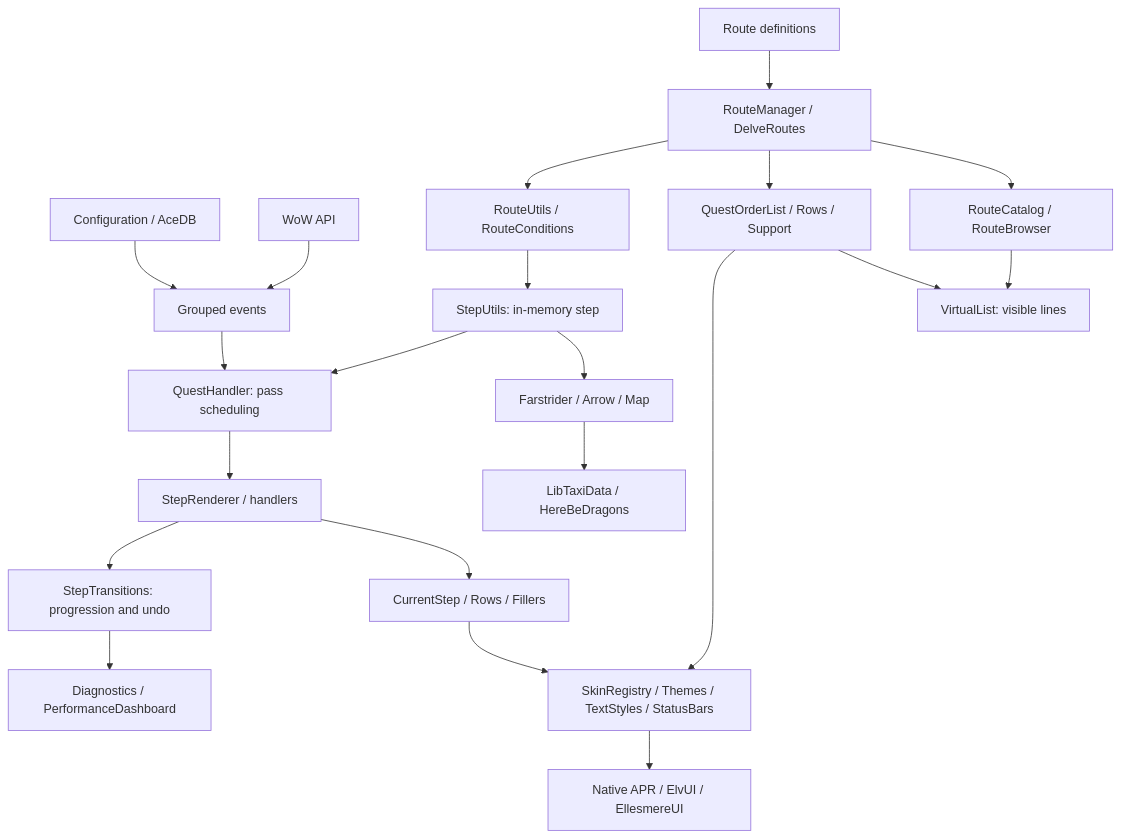
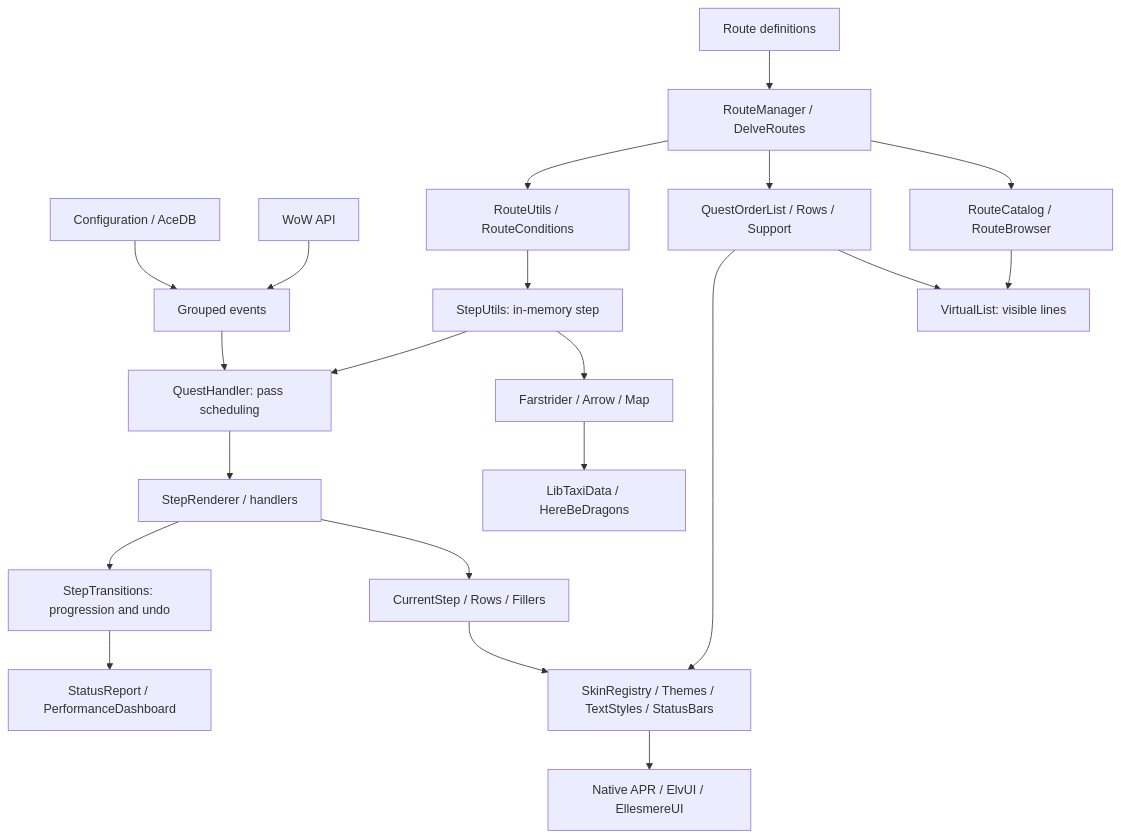
The diagram in APR-Core/README.md (Azeroth-Pilot-Reloaded/azeroth-pilot-reloaded), drawn with Mermaid before and after one commit. The commit also changed other lines of this file and 56 other files, not shown here.

````diff
--- a/APR-Core/README.md
+++ b/APR-Core/README.md
@@ -28,23 +28,23 @@
 ```mermaid
 flowchart TD
     Settings[Configuration / AceDB] --> Events[Grouped events]
     Game[WoW API] --> Events
     Routes[Route definitions] --> Engine[RouteManager / DelveRoutes]
     Engine --> Filters[RouteUtils / RouteConditions]
     Filters --> Step[StepUtils: in-memory step]
     Events --> Quest[QuestHandler: pass scheduling]
     Quest --> Renderer[StepRenderer / handlers]
     Renderer --> Transitions[StepTransitions: progression and undo]
     Step --> Quest
     Renderer --> Current[CurrentStep / Rows / Fillers]
     Engine --> Preview[QuestOrderList / Rows / Support]
     Step --> Navigation[Farstrider / Arrow / Map]
     Navigation --> Taxi[LibTaxiData / HereBeDragons]
     Current --> Registry[SkinRegistry / Themes / TextStyles / StatusBars]
     Preview --> Registry
     Registry --> Skins[Native APR / ElvUI / EllesmereUI]
     Engine --> Catalog[RouteCatalog / RouteBrowser]
     Catalog --> Virtual[VirtualList: visible lines]
     Preview --> Virtual
-    Transitions --> Diagnostics[Diagnostics / PerformanceDashboard]
+    Transitions --> Diagnostics[StatusReport / PerformanceDashboard]
 ```
````
